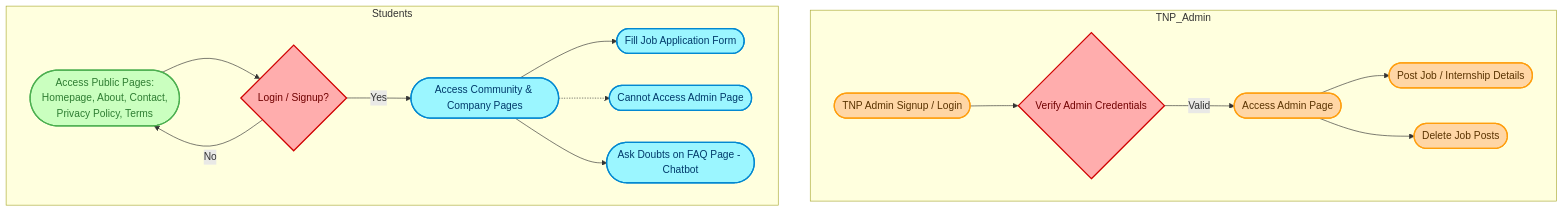
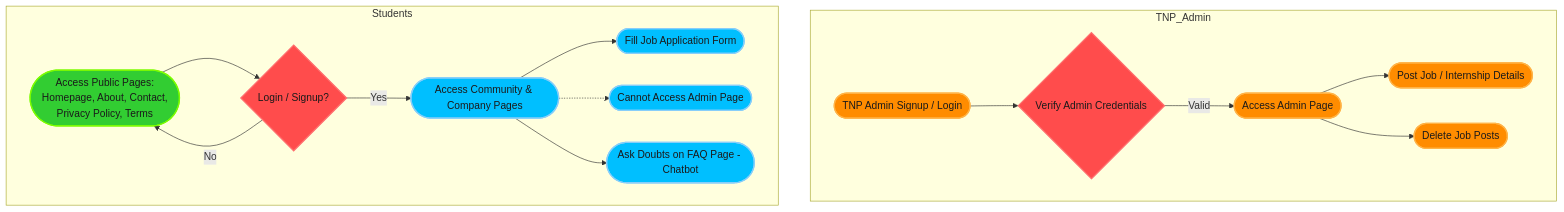
The diagram in README.md (deepak-pandey1/BPIT-CareerHub), drawn with Mermaid before and after one commit.

````diff
--- a/README.md
+++ b/README.md
@@ -9,30 +9,31 @@
 ```mermaid
 graph TD
-    %% Define styles
-    classDef adminNode fill:#ffd6a5,stroke:#ff9e0d,stroke-width:2px,color:#5a3300,rounded
-    classDef studentNode fill:#9bf6ff,stroke:#0288d1,stroke-width:2px,color:#003a6b,rounded
-    classDef publicNode fill:#caffbf,stroke:#4caf50,stroke-width:2px,color:#2e7d32,rounded
-    classDef decisionNode fill:#ffadad,stroke:#d00000,stroke-width:2px,color:#700000,diamond
+    %% Define styles for dark theme
+    classDef adminNode fill:#ff8c00,stroke:#ffb347,stroke-width:2px,color:#1a1a1a,rounded
+    classDef studentNode fill:#00bfff,stroke:#87cefa,stroke-width:2px,color:#1a1a1a,rounded
+    classDef publicNode fill:#32cd32,stroke:#7cfc00,stroke-width:2px,color:#1a1a1a,rounded
+    classDef decisionNode fill:#ff4c4c,stroke:#ff6e6e,stroke-width:2px,color:#1a1a1a,diamond
 
     %% TNP Admin Flow
     subgraph TNP_Admin
         A1([TNP Admin Signup / Login]):::adminNode --> B1{Verify Admin Credentials}:::decisionNode
         B1 -->|Valid| C1([Access Admin Page]):::adminNode
         C1 --> D1([Post Job / Internship Details]):::adminNode
         C1 --> E1([Delete Job Posts]):::adminNode
     end
 
     %% Students Flow
     subgraph Students
         F1([Access Public Pages:<br>Homepage, About, Contact,<br>Privacy Policy, Terms]):::publicNode --> G1{Login / Signup?}:::decisionNode
         G1 -->|Yes| H1([Access Community & Company Pages]):::studentNode
         G1 -->|No| F1
 
         H1 --> I1([Fill Job Application Form]):::studentNode
         H1 -.-> J1([Cannot Access Admin Page]):::studentNode
 
         H1 --> K1([Ask Doubts on FAQ Page - Chatbot]):::studentNode
     end
 
 
+
 ```
````
